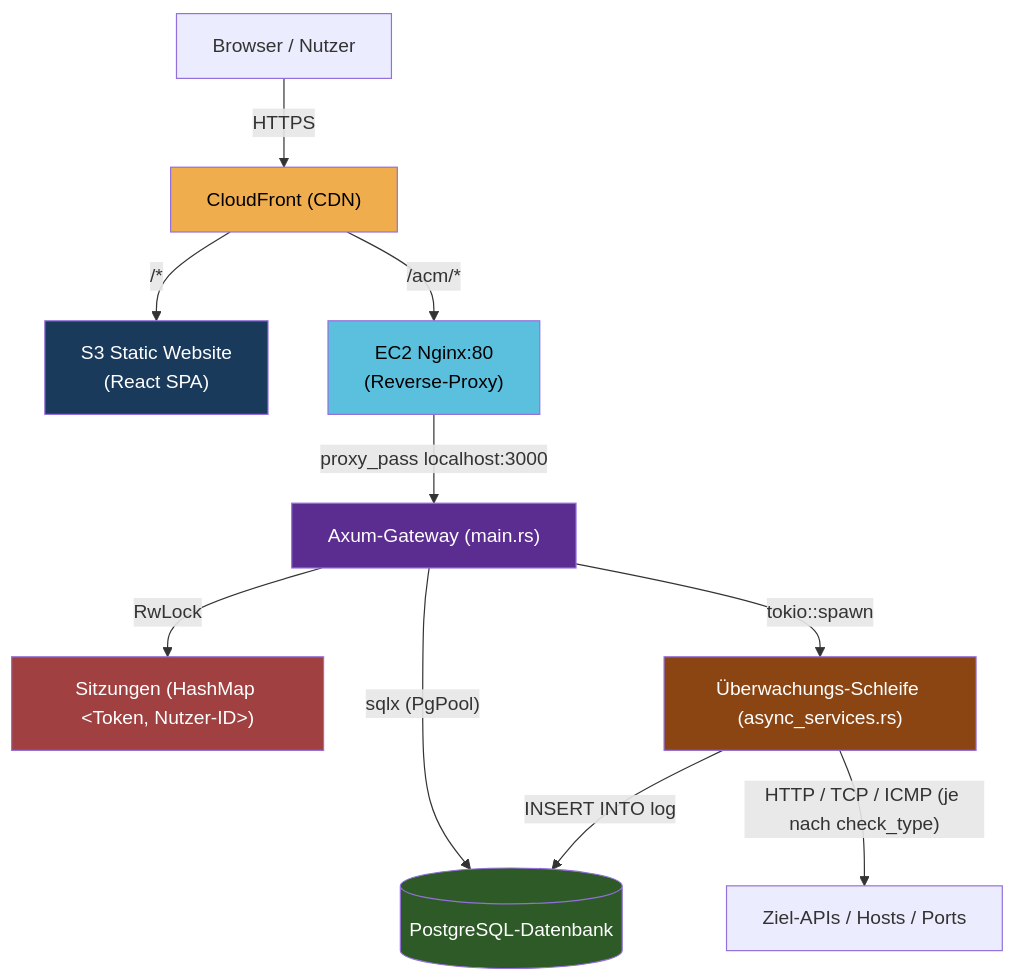
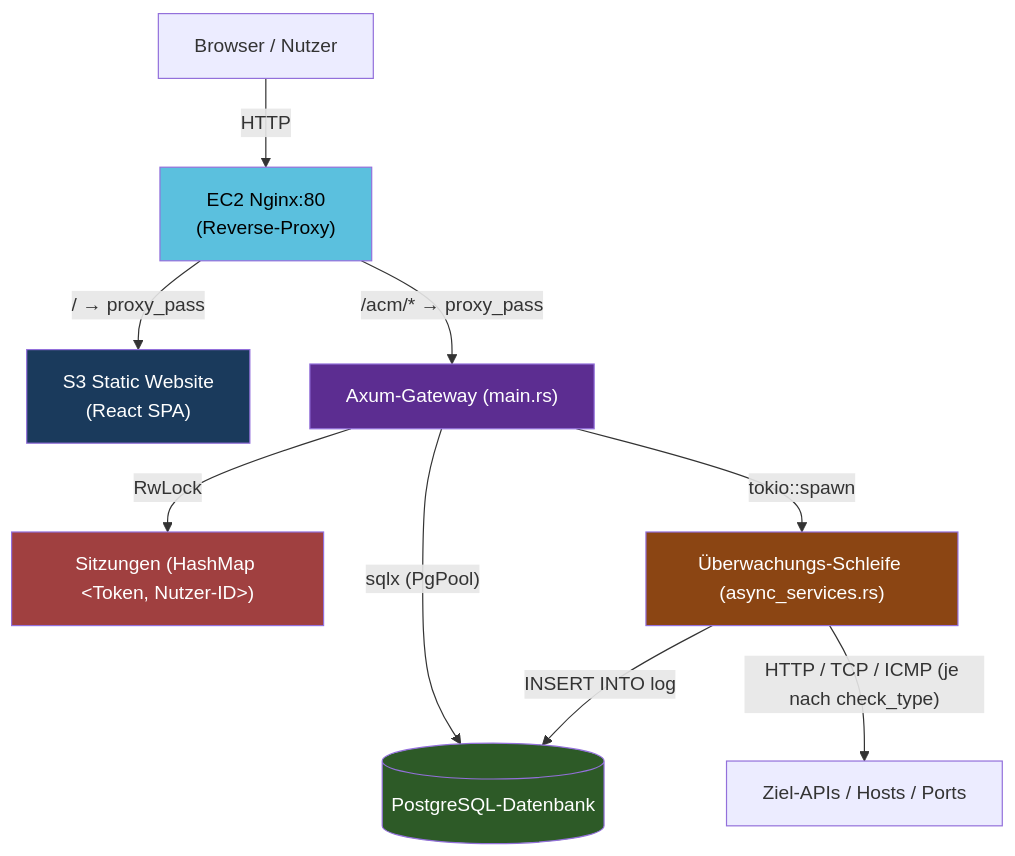
The first of 10 diagrams in explain-canvas.md (DevDaio/ACM_API-Connection-Monitor), drawn with Mermaid before and after one commit. The commit also changed other lines of this file and 6 other files, not shown here.

First line of the commit message:
refactor: replace CloudFront with nginx reverse-proxy for everything

````diff
--- a/explain-canvas.md
+++ b/explain-canvas.md
@@ -9,20 +9,18 @@
 ```mermaid
 graph TD
-    U["Browser / Nutzer"] -->|"HTTPS"| CF["CloudFront (CDN)"]
-    CF -->|"/*"| FE["S3 Static Website<br/>(React SPA)"]
-    CF -->|"/acm/*"| N["EC2 Nginx:80<br/>(Reverse-Proxy)"]
-    N -->|"proxy_pass localhost:3000"| GW["Axum-Gateway (main.rs)"]
+    U["Browser / Nutzer"] -->|"HTTP"| N["EC2 Nginx:80<br/>(Reverse-Proxy)"]
+    N -->|"/ → proxy_pass"| FE["S3 Static Website<br/>(React SPA)"]
+    N -->|"/acm/* → proxy_pass"| GW["Axum-Gateway (main.rs)"]
     GW -->|"sqlx (PgPool)"| DB[("PostgreSQL-Datenbank")]
     GW -->|"RwLock"| SESS["Sitzungen (HashMap &lt;Token, Nutzer-ID&gt;)"]
     GW -->|"tokio::spawn"| ML["Überwachungs-Schleife (async_services.rs)"]
     ML -->|"HTTP / TCP / ICMP (je nach check_type)"| TGT["Ziel-APIs / Hosts / Ports"]
     ML -->|"INSERT INTO log"| DB
 
-    style CF fill:#f0ad4e,color:#000
+    style N fill:#5bc0de,color:#000
     style FE fill:#1a3a5c,color:#fff
-    style N fill:#5bc0de,color:#000
     style GW fill:#5c2d91,color:#fff
     style DB fill:#2d5a27,color:#fff
     style ML fill:#8b4513,color:#fff
     style SESS fill:#a04040,color:#fff
 ```
````
